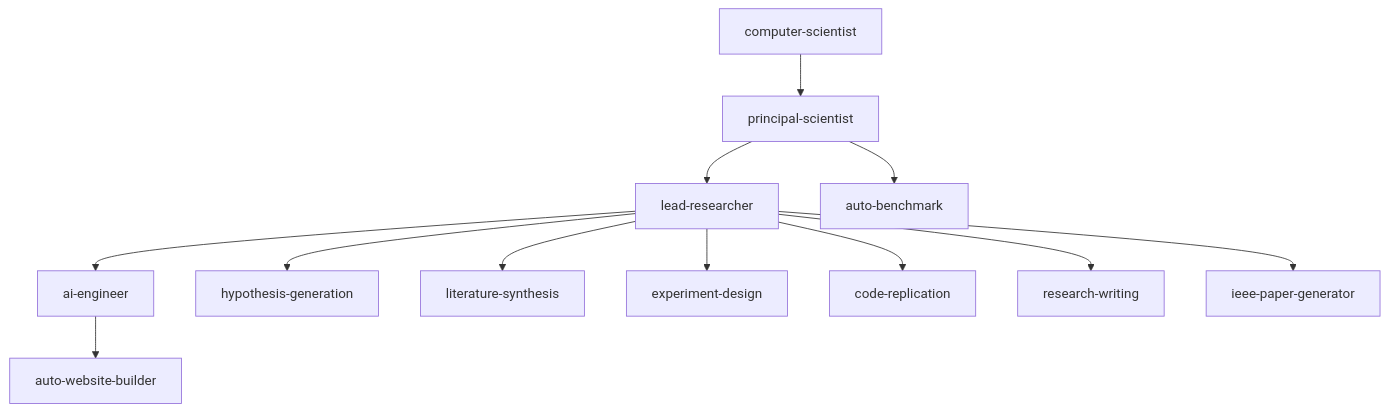
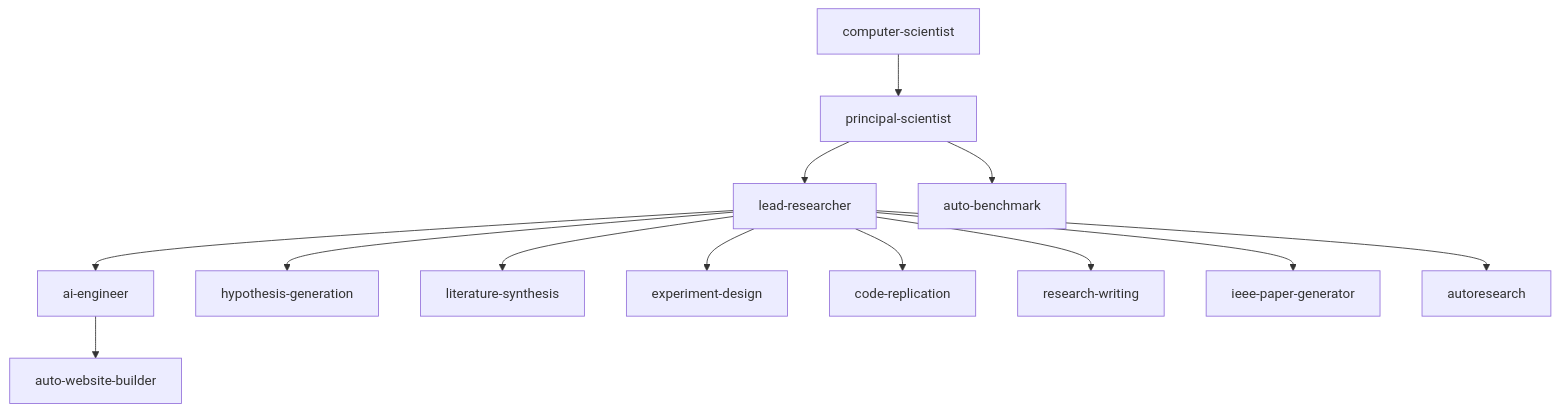
Before and after one commit to aviskaar/skills: the first of 8 diagrams in README.md, drawn with Mermaid. The commit also changed other lines of this file and 3 other files, not shown here.

````diff
--- a/README.md
+++ b/README.md
@@ -117,14 +117,15 @@
 ```mermaid
 graph TD
     CS[computer-scientist] --> PS[principal-scientist]
     PS --> LR[lead-researcher]
     PS --> AB[auto-benchmark]
     LR --> AE[ai-engineer]
     LR --> HG[hypothesis-generation]
     LR --> LS[literature-synthesis]
     LR --> ED[experiment-design]
     LR --> CR[code-replication]
     LR --> RW[research-writing]
     LR --> IPG[ieee-paper-generator]
+    LR --> AR[autoresearch]
     AE --> AWB[auto-website-builder]
 ```
````
